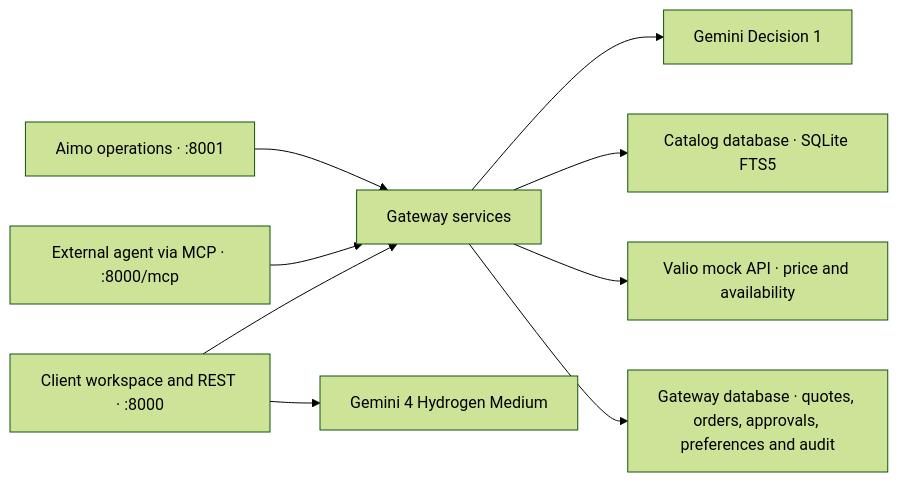
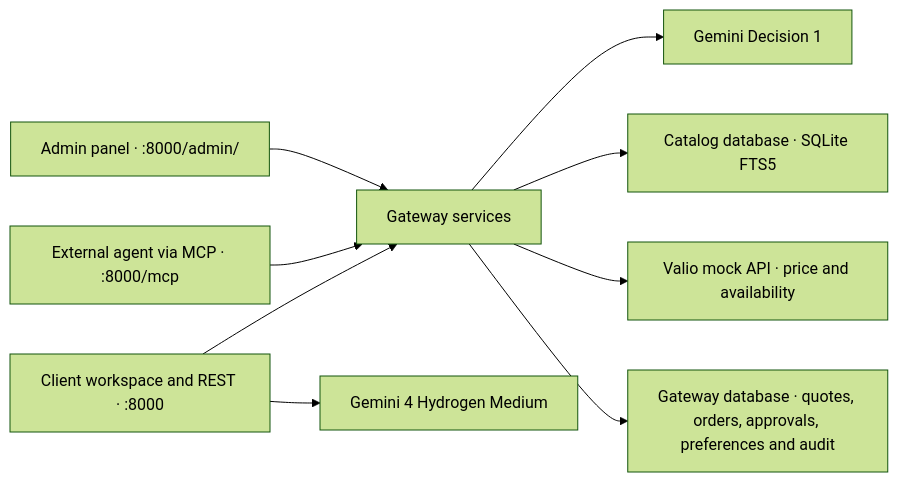
One commit to shaxhub/jnctn26 changed the diagram in docs/architecture.md. Above: the diagram before and after it, drawn with Mermaid (forest theme). The commit also changed other lines of this file and 24 other files, not shown here.

````diff
--- a/docs/architecture.md
+++ b/docs/architecture.md
@@ -5,11 +5,11 @@
 ```mermaid
 flowchart LR
     Client["Client workspace and REST · :8000"] --> Core["Gateway services"]
     Agent["External agent via MCP · :8000/mcp"] --> Core
-    Aimo["Aimo operations · :8001"] --> Core
+    Aimo["Admin panel · :8000/admin/"] --> Core
     Client --> Gemini["Gemini 4 Hydrogen Medium"]
     Core --> Decision["Gemini Decision 1"]
     Core --> Search["Catalog database · SQLite FTS5"]
     Core --> Valio["Valio mock API · price and availability"]
     Core --> State["Gateway database · quotes, orders, approvals, preferences and audit"]
 ```
````
